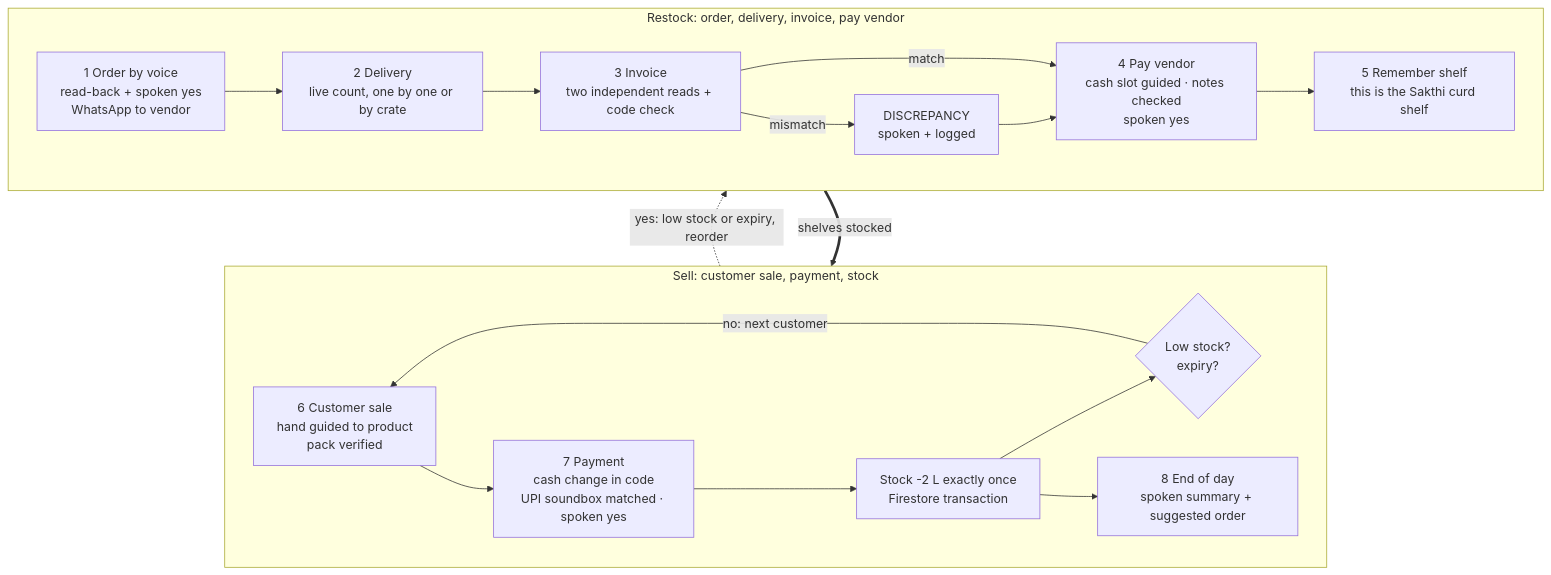
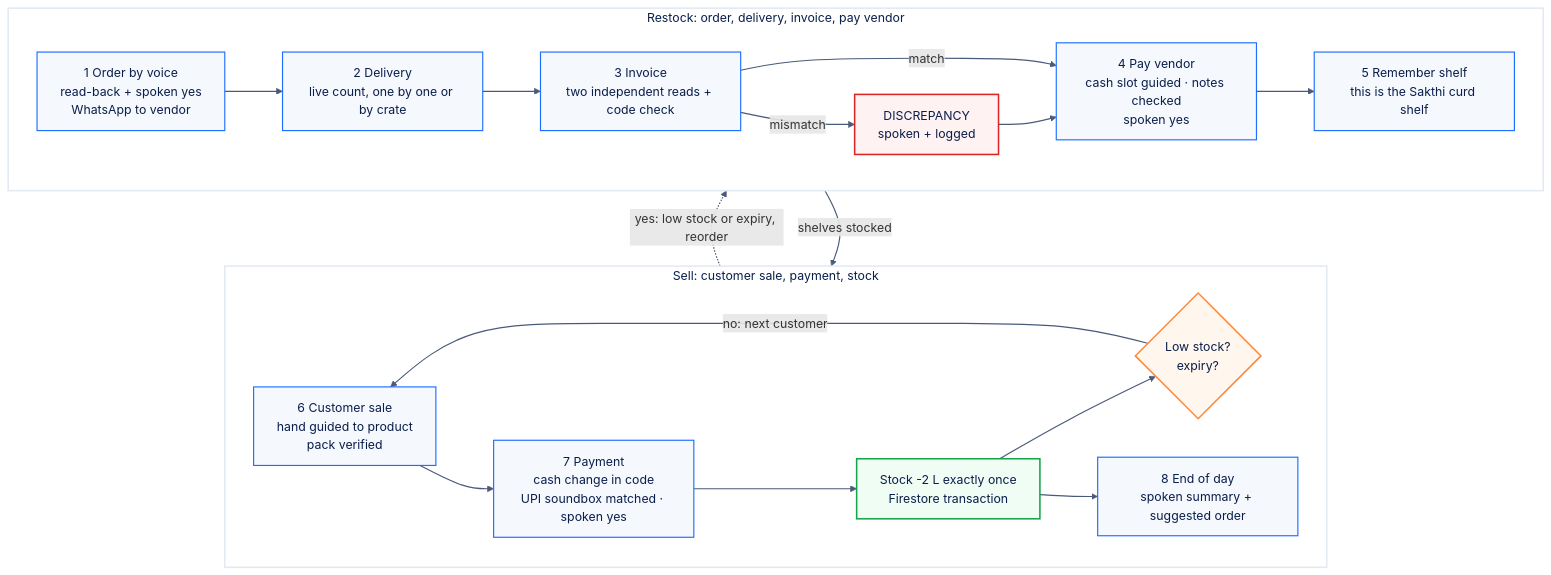
The diagram in docs/submission/diagrams/process-flow.mmd (Saravana-Rajan/AIRA), drawn with Mermaid before and after one commit. The commit also changed 168 other files, not shown here.

```diff
--- a/docs/submission/diagrams/process-flow.mmd
+++ b/docs/submission/diagrams/process-flow.mmd
@@ -1,20 +1,32 @@
 flowchart BT
   subgraph R["Restock: order, delivery, invoice, pay vendor"]
     direction LR
     A["1 Order by voice<br/>read-back + spoken yes<br/>WhatsApp to vendor"] --> B["2 Delivery<br/>live count, one by one or by crate"]
     B --> C["3 Invoice<br/>two independent reads + code check"]
     C -->|match| D["4 Pay vendor<br/>cash slot guided · notes checked<br/>spoken yes"]
     C -->|mismatch| X["DISCREPANCY<br/>spoken + logged"]
     X --> D
     D --> E["5 Remember shelf<br/>this is the Sakthi curd shelf"]
   end
   subgraph S["Sell: customer sale, payment, stock"]
     direction LR
     F["6 Customer sale<br/>hand guided to product<br/>pack verified"] --> G["7 Payment<br/>cash change in code<br/>UPI soundbox matched · spoken yes"]
     G --> H["Stock -2 L exactly once<br/>Firestore transaction"]
     H --> I{"Low stock?<br/>expiry?"}
     I -->|no: next customer| F
     H --> J["8 End of day<br/>spoken summary + suggested order"]
   end
   R ==>|shelves stocked| S
   S -.->|yes: low stock or expiry, reorder| R
+
+  %% Light theme, AIRA brand tokens (build overrides section 6)
+  classDef default fill:#F5F8FD,stroke:#1F6FFF,stroke-width:1.5px,color:#0B1F4B
+  classDef danger fill:#FEF2F2,stroke:#DC2626,stroke-width:2px,color:#0B1F4B
+  classDef ok fill:#F0FDF4,stroke:#16A34A,stroke-width:2px,color:#0B1F4B
+  classDef warn fill:#FFF7ED,stroke:#FF8A3D,stroke-width:2px,color:#0B1F4B
+  class X danger
+  class H ok
+  class I warn
+  style R fill:#FFFFFF,stroke:#E3E9F4,stroke-width:2px,color:#0B1F4B
+  style S fill:#FFFFFF,stroke:#E3E9F4,stroke-width:2px,color:#0B1F4B
+  linkStyle default stroke:#4A5A7A,stroke-width:1.5px
```
